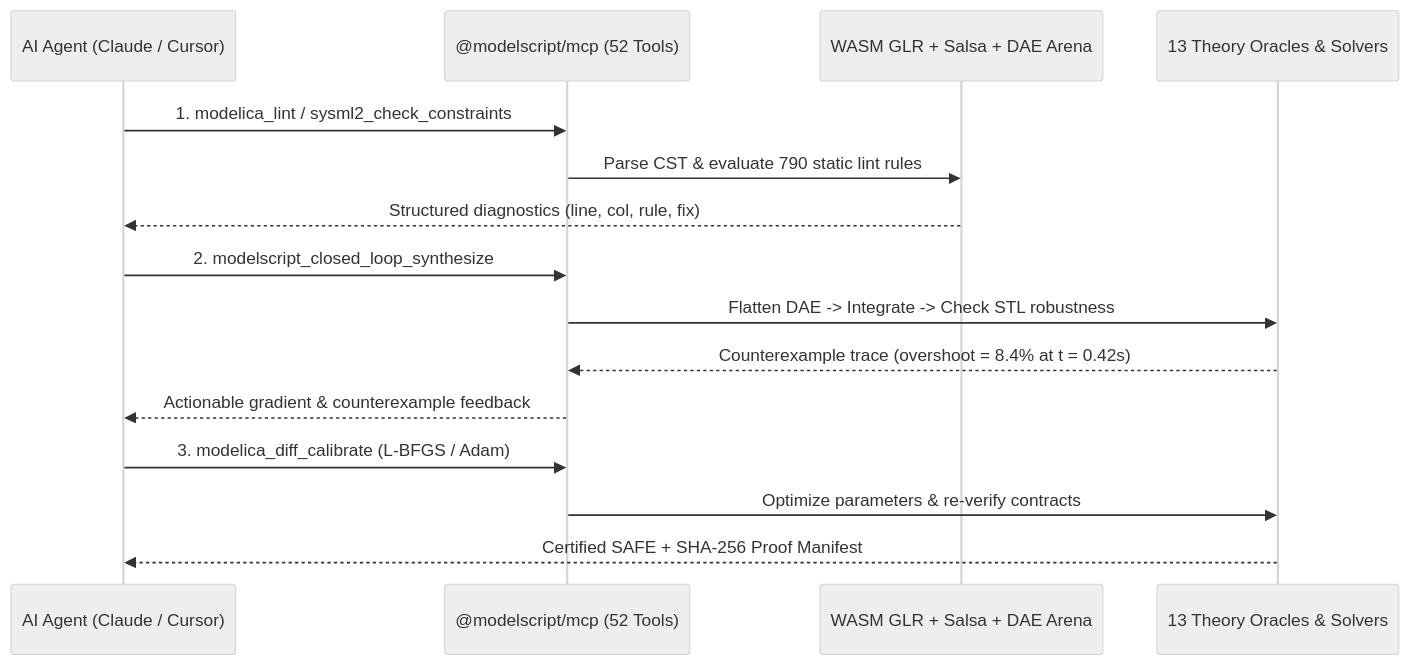
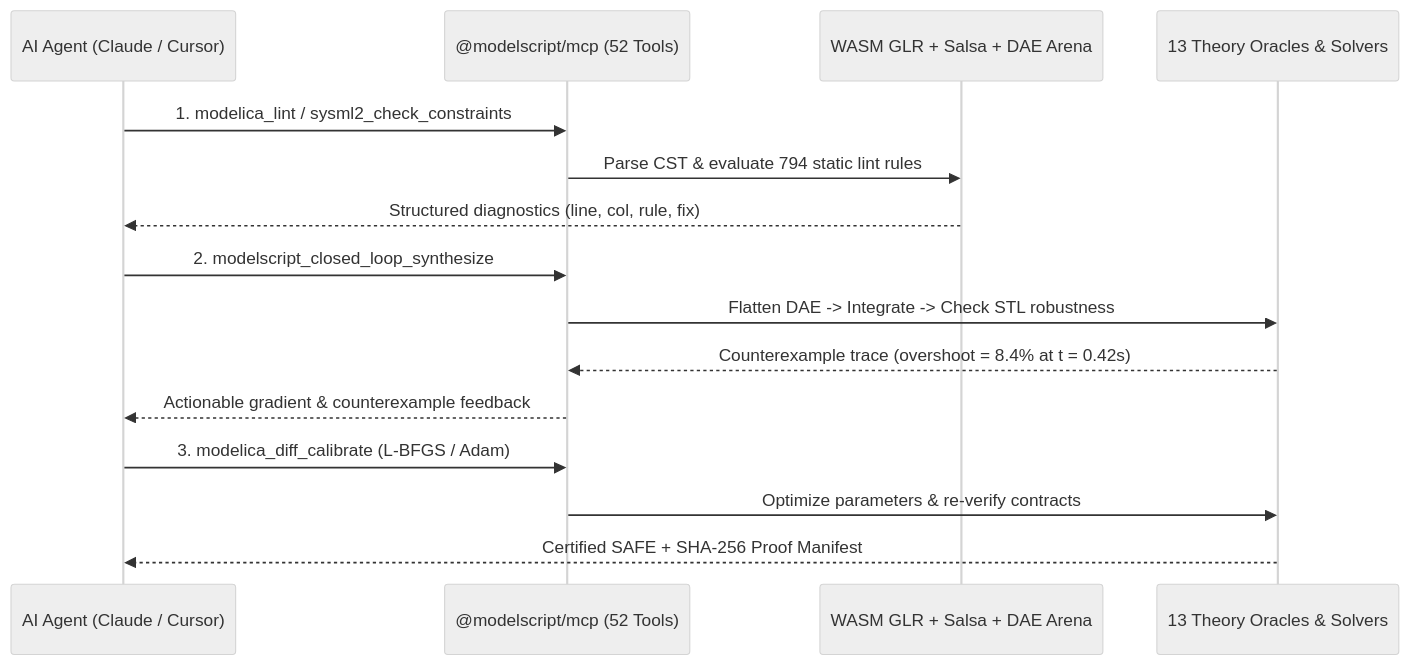
Before and after one commit to modelscript/modelscript: the diagram in apps/docs/docs/guide/ai-agents.md, drawn with Mermaid (neutral theme). The commit also changed 285 other files, not shown here.

````diff
--- a/apps/docs/docs/guide/ai-agents.md
+++ b/apps/docs/docs/guide/ai-agents.md
@@ -69,18 +69,18 @@
 ```mermaid
 sequenceDiagram
     participant Agent as AI Agent (Claude / Cursor)
     participant MCP as @modelscript/mcp (52 Tools)
     participant Core as WASM GLR + Salsa + DAE Arena
     participant Verify as 13 Theory Oracles & Solvers
 
     Agent->>MCP: 1. modelica_lint / sysml2_check_constraints
-    MCP->>Core: Parse CST & evaluate 790 static lint rules
+    MCP->>Core: Parse CST & evaluate 794 static lint rules
     Core-->>Agent: Structured diagnostics (line, col, rule, fix)
     Agent->>MCP: 2. modelscript_closed_loop_synthesize
     MCP->>Verify: Flatten DAE -> Integrate -> Check STL robustness
     Verify-->>MCP: Counterexample trace (overshoot = 8.4% at t = 0.42s)
     MCP-->>Agent: Actionable gradient & counterexample feedback
     Agent->>MCP: 3. modelica_diff_calibrate (L-BFGS / Adam)
     MCP->>Verify: Optimize parameters & re-verify contracts
     Verify-->>Agent: Certified SAFE + SHA-256 Proof Manifest
 ```
````
